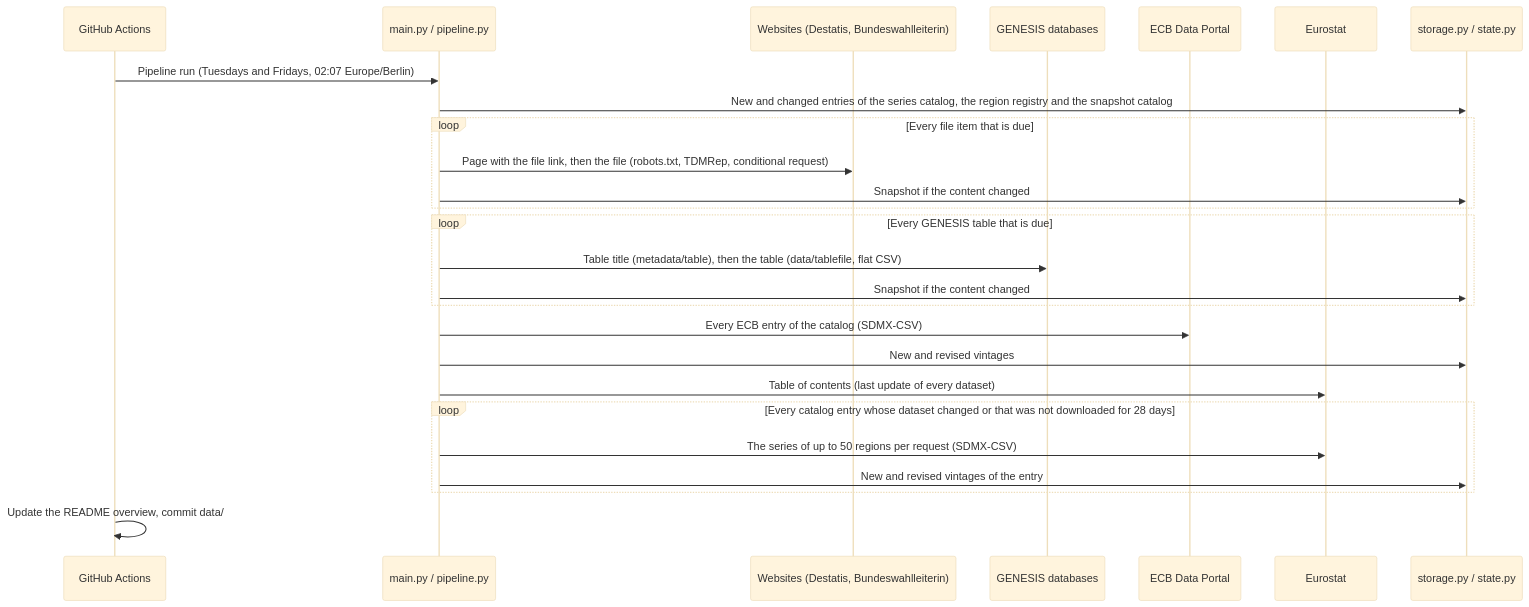
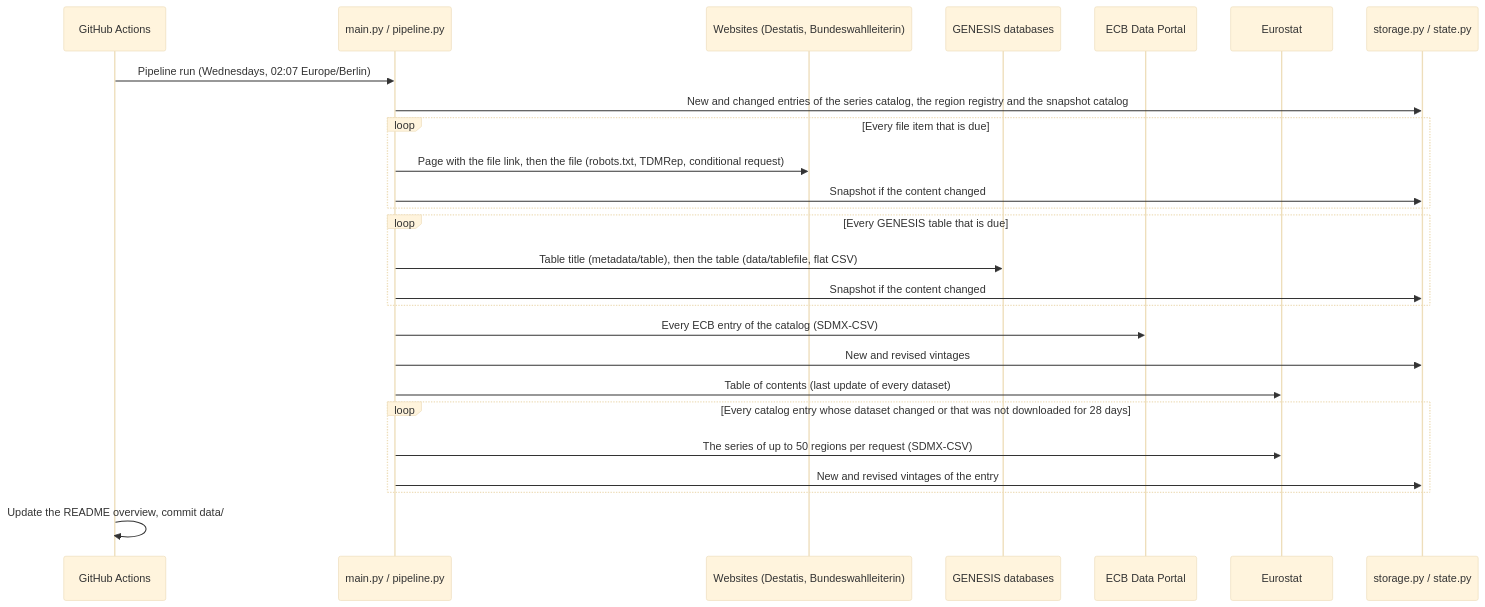
One commit to kleinnconrad/dataset.sociodemographics.germany changed the second of 2 diagrams in README.md. Above: the diagram before and after it, drawn with Mermaid (base theme). The commit also changed other lines of this file and 2 other files, not shown here.

First line of the commit message:
ci(pipeline): run the pipeline once a week on Wednesdays

````diff
--- a/README.md
+++ b/README.md
@@ -785,29 +785,29 @@
 ```mermaid
 sequenceDiagram
     participant Action as GitHub Actions
     participant Run as main.py / pipeline.py
     participant Web as Websites (Destatis, Bundeswahlleiterin)
     participant Genesis as GENESIS databases
     participant ECB as ECB Data Portal
     participant Eurostat as Eurostat
     participant Store as storage.py / state.py
 
-    Action->>Run: Pipeline run (Tuesdays and Fridays, 02:07 Europe/Berlin)
+    Action->>Run: Pipeline run (Wednesdays, 02:07 Europe/Berlin)
     Run->>Store: New and changed entries of the series catalog, the region registry and the snapshot catalog
     loop Every file item that is due
         Run->>Web: Page with the file link, then the file (robots.txt, TDMRep, conditional request)
         Run->>Store: Snapshot if the content changed
     end
     loop Every GENESIS table that is due
         Run->>Genesis: Table title (metadata/table), then the table (data/tablefile, flat CSV)
         Run->>Store: Snapshot if the content changed
     end
     Run->>ECB: Every ECB entry of the catalog (SDMX-CSV)
     Run->>Store: New and revised vintages
     Run->>Eurostat: Table of contents (last update of every dataset)
     loop Every catalog entry whose dataset changed or that was not downloaded for 28 days
         Run->>Eurostat: The series of up to 50 regions per request (SDMX-CSV)
         Run->>Store: New and revised vintages of the entry
     end
     Action->>Action: Update the README overview, commit data/
 ```
````
